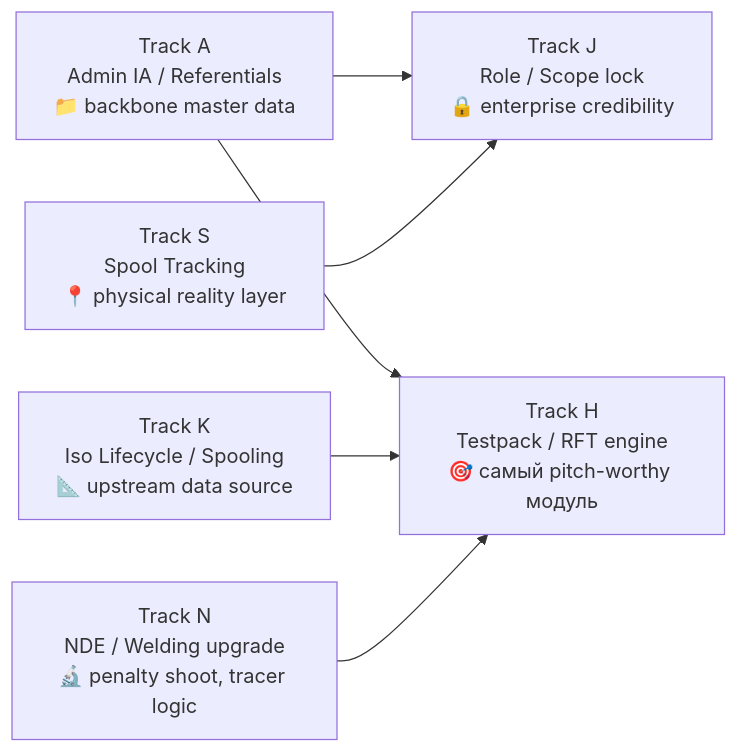
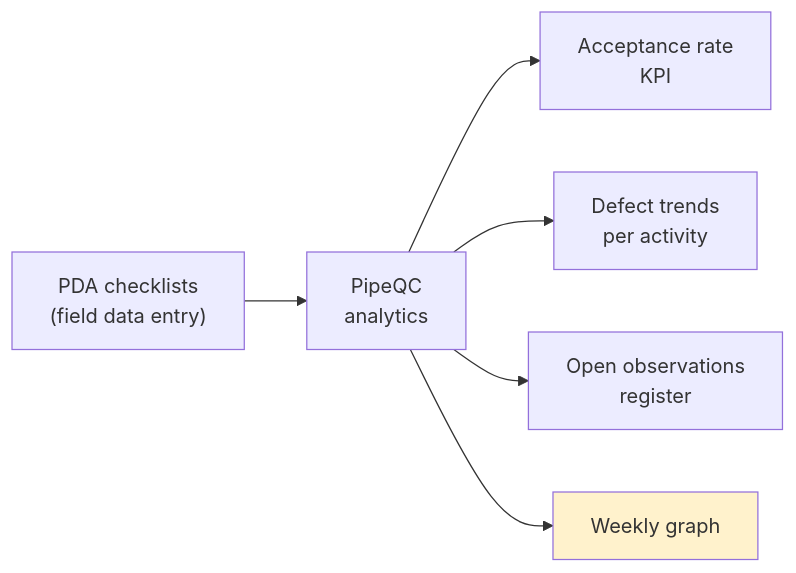
Before and after one commit to vvnezapnopwnz1/piping: the ninth of 9 diagrams in docs/presentations/01-pipeqc-overview.md, drawn with Mermaid. The commit also changed other lines of this file and 28 other files, not shown here.

````diff
--- a/docs/presentations/01-pipeqc-overview.md
+++ b/docs/presentations/01-pipeqc-overview.md
@@ -584,15 +1052,10 @@
 ```mermaid
 flowchart LR
-    A["Track A<br/>Admin IA / Referentials<br/>📁 backbone master data"]
-    H["Track H<br/>Testpack / RFT engine<br/>🎯 самый pitch-worthy модуль"]
-    J["Track J<br/>Role / Scope lock<br/>🔒 enterprise credibility"]
-    K["Track K<br/>Iso Lifecycle / Spooling<br/>📐 upstream data source"]
-    N["Track N<br/>NDE / Welding upgrade<br/>🔬 penalty shoot, tracer logic"]
-    S["Track S<br/>Spool Tracking<br/>📍 physical reality layer"]
+    PDA["PDA checklists<br/>(field data entry)"] --> EP["PipeQC<br/>analytics"]
+    EP --> R1["Acceptance rate<br/>KPI"]
+    EP --> R2["Defect trends<br/>per activity"]
+    EP --> R3["Open observations<br/>register"]
+    EP --> R4["Weekly graph"]
 
-    A --> J
-    A --> H
-    K --> H
-    N --> H
-    S --> J
+    style R4 fill:#fff2cc
 ```
````
